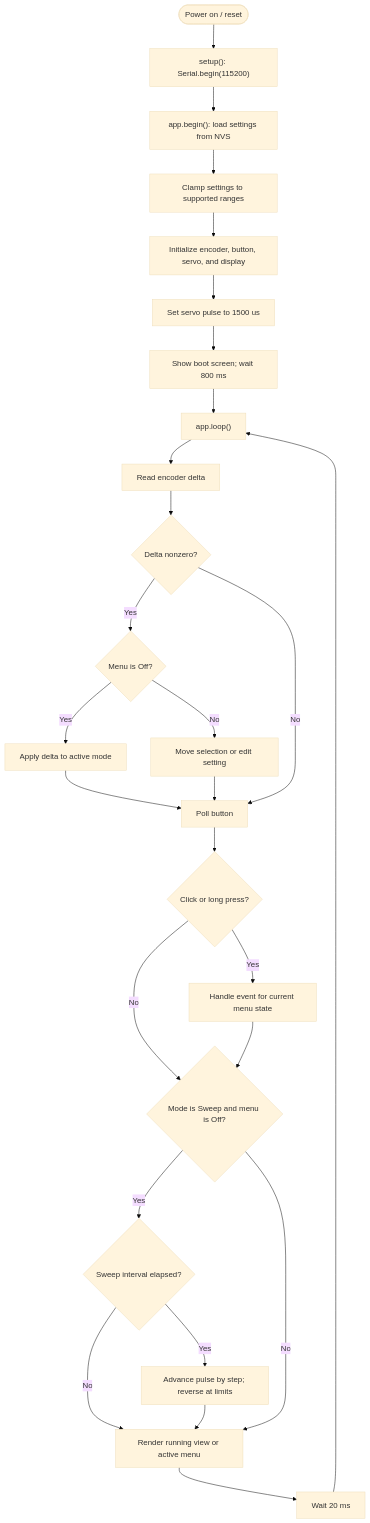
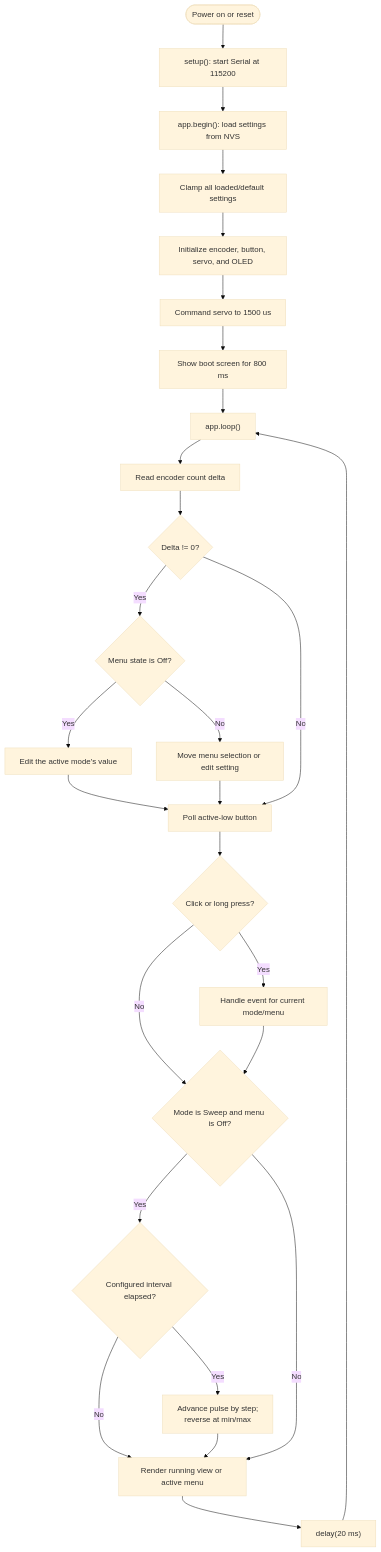
One commit to DKKivu/ServoTester changed the third of 3 diagrams in DIAGRAMS.md. Above: the diagram before and after it, drawn with Mermaid (base theme). The commit also changed other lines of this file and 2 other files, not shown here.

````diff
--- a/DIAGRAMS.md
+++ b/DIAGRAMS.md
@@ -190,34 +191,33 @@
 ```mermaid
 flowchart TD
-    START([Power on / reset]) --> SETUP["setup(): Serial.begin(115200)"]
+    START([Power on or reset]) --> SETUP["setup(): start Serial at 115200"]
     SETUP --> LOAD["app.begin(): load settings from NVS"]
-    LOAD --> CLAMP["Clamp settings to supported ranges"]
-    CLAMP --> INIT["Initialize encoder, button, servo, and display"]
-    INIT --> CENTER["Set servo pulse to 1500 us"]
-    CENTER --> BOOT["Show boot screen; wait 800 ms"]
+    LOAD --> CLAMP["Clamp all loaded/default settings"]
+    CLAMP --> INIT["Initialize encoder, button, servo, and OLED"]
+    INIT --> INITIAL_PULSE["Command servo to 1500 us"]
+    INITIAL_PULSE --> BOOT["Show boot screen for 800 ms"]
     BOOT --> LOOP["app.loop()"]
 
-    LOOP --> READ["Read encoder delta"]
-    READ --> HAS_DELTA{"Delta nonzero?"}
-    HAS_DELTA -- Yes --> MENU_OFF{"Menu is Off?"}
-    MENU_OFF -- Yes --> ACTIVE_MODE["Apply delta to active mode"]
-    MENU_OFF -- No --> MENU_EDIT["Move selection or edit setting"]
-    ACTIVE_MODE --> BUTTON_POLL
-    MENU_EDIT --> BUTTON_POLL
-    HAS_DELTA -- No --> BUTTON_POLL["Poll button"]
+    LOOP --> READ["Read encoder count delta"]
+    READ --> HAS_DELTA{"Delta != 0?"}
+    HAS_DELTA -- Yes --> MENU_OFF{"Menu state is Off?"}
+    MENU_OFF -- Yes --> RUN_EDIT["Edit the active mode's value"]
+    MENU_OFF -- No --> MENU_EDIT["Move menu selection or edit setting"]
+    RUN_EDIT --> POLL
+    MENU_EDIT --> POLL
+    HAS_DELTA -- No --> POLL["Poll active-low button"]
 
-    BUTTON_POLL --> EVENT{"Click or long press?"}
-    EVENT -- No --> SWEEP_CHECK
-    EVENT -- Yes --> BUTTON_ACTION["Handle event for current menu state"]
-    BUTTON_ACTION --> SWEEP_CHECK
+    POLL --> BUTTON_EVENT{"Click or long press?"}
+    BUTTON_EVENT -- Yes --> HANDLE["Handle event for current mode/menu"]
+    BUTTON_EVENT -- No --> SWEEP_CHECK
+    HANDLE --> SWEEP_CHECK{"Mode is Sweep and menu is Off?"}
 
-    SWEEP_CHECK{"Mode is Sweep and menu is Off?"}
-    SWEEP_CHECK -- Yes --> INTERVAL{"Sweep interval elapsed?"}
-    INTERVAL -- Yes --> ADVANCE["Advance pulse by step; reverse at limits"]
-    INTERVAL -- No --> RENDER
-    ADVANCE --> RENDER["Render running view or active menu"]
+    SWEEP_CHECK -- Yes --> ELAPSED{"Configured interval elapsed?"}
+    ELAPSED -- Yes --> SWEEP["Advance pulse by step;<br/>reverse at min/max"]
+    ELAPSED -- No --> RENDER
+    SWEEP --> RENDER["Render running view or active menu"]
     SWEEP_CHECK -- No --> RENDER
 
-    RENDER --> WAIT["Wait 20 ms"]
+    RENDER --> WAIT["delay(20 ms)"]
     WAIT --> LOOP
 ```
````
